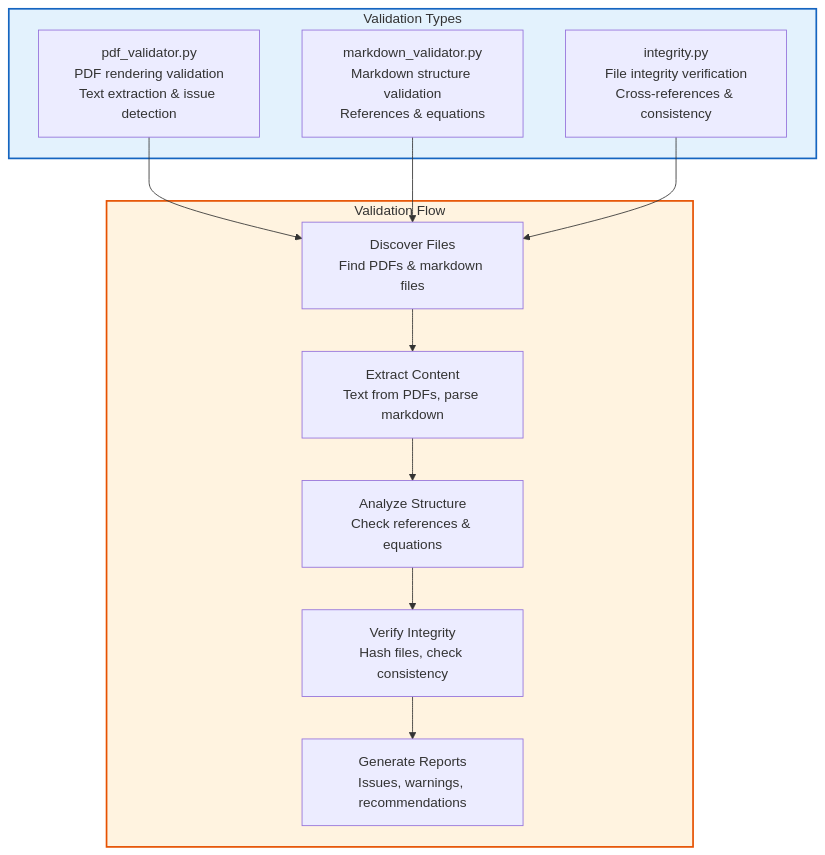
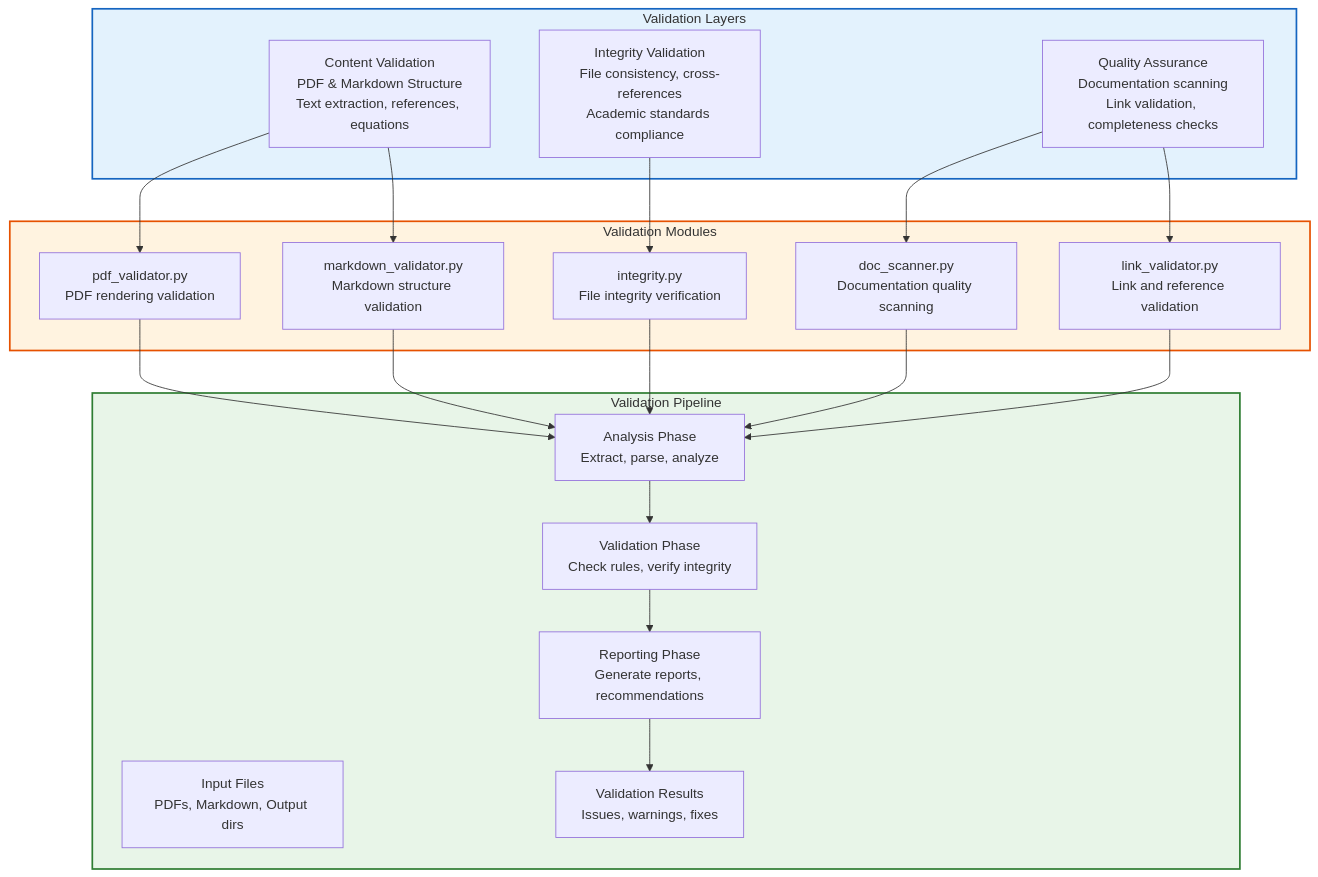
Before and after one commit to docxology/template: the first of 4 diagrams in infrastructure/validation/README.md, drawn with Mermaid. The commit also changed other lines of this file and 512 other files, not shown here.

````diff
--- a/infrastructure/validation/README.md
+++ b/infrastructure/validation/README.md
@@ -30,31 +7,48 @@
 ```mermaid
 graph TD
-    subgraph ValidationTypes["Validation Types"]
-        PDF[pdf_validator.py<br/>PDF rendering validation<br/>Text extraction & issue detection]
-        MARKDOWN[markdown_validator.py<br/>Markdown structure validation<br/>References & equations]
-        INTEGRITY[integrity.py<br/>File integrity verification<br/>Cross-references & consistency]
+    subgraph ValidationLayers["Validation Layers"]
+        CONTENT[Content Validation<br/>PDF & Markdown Structure<br/>Text extraction, references, equations]
+        INTEGRITY[Integrity Validation<br/>File consistency, cross-references<br/>Academic standards compliance]
+        QUALITY[Quality Assurance<br/>Documentation scanning<br/>Link validation, completeness checks]
     end
 
-    subgraph ValidationFlow["Validation Flow"]
-        DISCOVER[Discover Files<br/>Find PDFs & markdown files]
-        EXTRACT[Extract Content<br/>Text from PDFs, parse markdown]
-        ANALYZE[Analyze Structure<br/>Check references & equations]
-        VERIFY[Verify Integrity<br/>Hash files, check consistency]
-        REPORT[Generate Reports<br/>Issues, warnings, recommendations]
+    subgraph ValidationModules["Validation Modules"]
+        PDF_VAL[pdf_validator.py<br/>PDF rendering validation]
+        MD_VAL[markdown_validator.py<br/>Markdown structure validation]
+        INTEGRITY_MOD[integrity.py<br/>File integrity verification]
+        DOC_SCAN[doc_scanner.py<br/>Documentation quality scanning]
+        LINK_VAL[link_validator.py<br/>Link and reference validation]
     end
 
-    PDF --> DISCOVER
-    MARKDOWN --> DISCOVER
-    INTEGRITY --> DISCOVER
+    subgraph ValidationPipeline["Validation Pipeline"]
+        INPUT[Input Files<br/>PDFs, Markdown, Output dirs]
+        ANALYSIS[Analysis Phase<br/>Extract, parse, analyze]
+        VALIDATION[Validation Phase<br/>Check rules, verify integrity]
+        REPORTING[Reporting Phase<br/>Generate reports, recommendations]
+        OUTPUT[Validation Results<br/>Issues, warnings, fixes]
+    end
 
-    DISCOVER --> EXTRACT
-    EXTRACT --> ANALYZE
-    ANALYZE --> VERIFY
-    VERIFY --> REPORT
+    CONTENT --> PDF_VAL
+    CONTENT --> MD_VAL
+    INTEGRITY --> INTEGRITY_MOD
+    QUALITY --> DOC_SCAN
+    QUALITY --> LINK_VAL
 
-    classDef types fill:#e3f2fd,stroke:#1565c0,stroke-width:2px
-    classDef flow fill:#fff3e0,stroke:#e65100,stroke-width:2px
+    PDF_VAL --> ANALYSIS
+    MD_VAL --> ANALYSIS
+    INTEGRITY_MOD --> ANALYSIS
+    DOC_SCAN --> ANALYSIS
+    LINK_VAL --> ANALYSIS
 
-    class ValidationTypes types
-    class ValidationFlow flow
+    ANALYSIS --> VALIDATION
+    VALIDATION --> REPORTING
+    REPORTING --> OUTPUT
+
+    classDef layers fill:#e3f2fd,stroke:#1565c0,stroke-width:2px
+    classDef modules fill:#fff3e0,stroke:#e65100,stroke-width:2px
+    classDef pipeline fill:#e8f5e8,stroke:#2e7d32,stroke-width:2px
+
+    class ValidationLayers layers
+    class ValidationModules modules
+    class ValidationPipeline pipeline
 ```
````
